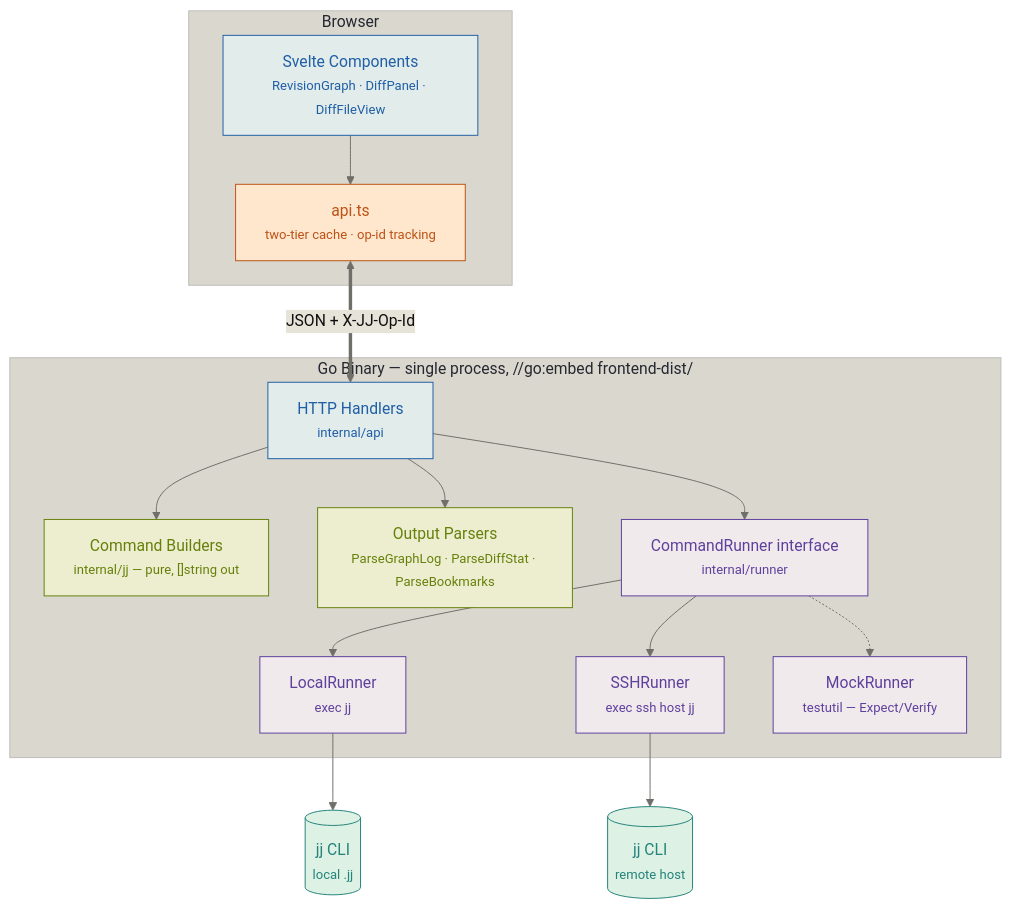
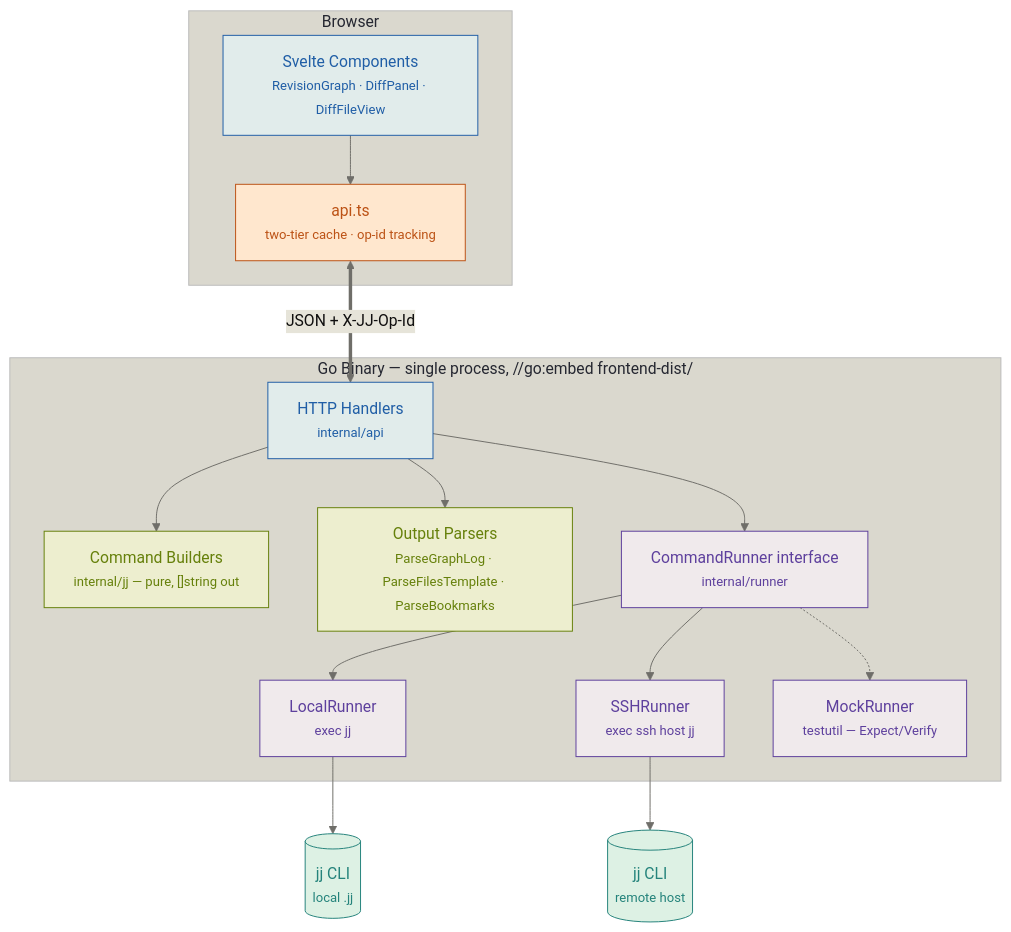
Before and after one commit to chronologos/lightjj: the first of 5 diagrams in docs/ARCHITECTURE.md, drawn with Mermaid. The commit also changed other lines of this file and 1 other file, not shown here.

````diff
--- a/docs/ARCHITECTURE.md
+++ b/docs/ARCHITECTURE.md
@@ -7,47 +7,47 @@
 ```mermaid
 %%{init: {'theme': 'base', 'themeVariables': {
   'primaryColor':'#F2F0E5',
   'primaryTextColor':'#100F0F',
   'primaryBorderColor':'#6F6E69',
   'secondaryColor':'#E6E4D9',
   'tertiaryColor':'#DAD8CE',
   'lineColor':'#6F6E69',
   'textColor':'#100F0F'
 }}}%%
 flowchart TD
     classDef blue fill:#E1ECEB,stroke:#205EA6,color:#205EA6
     classDef green fill:#EDEECF,stroke:#66800B,color:#66800B
     classDef orange fill:#FFE7CE,stroke:#BC5215,color:#BC5215
     classDef purple fill:#F0EAEC,stroke:#5E409D,color:#5E409D
     classDef cyan fill:#DDF1E4,stroke:#24837B,color:#24837B
 
     subgraph browser["Browser"]
         components["Svelte Components<br/><small>RevisionGraph · DiffPanel · DiffFileView</small>"]:::blue
         api["api.ts<br/><small>two-tier cache · op-id tracking</small>"]:::orange
         components --> api
     end
 
     subgraph go["Go Binary — single process, //go:embed frontend-dist/"]
         handlers["HTTP Handlers<br/><small>internal/api</small>"]:::blue
         builders["Command Builders<br/><small>internal/jj — pure, []string out</small>"]:::green
-        parsers["Output Parsers<br/><small>ParseGraphLog · ParseDiffStat · ParseBookmarks</small>"]:::green
+        parsers["Output Parsers<br/><small>ParseGraphLog · ParseFilesTemplate · ParseBookmarks</small>"]:::green
         runner["CommandRunner interface<br/><small>internal/runner</small>"]:::purple
         local["LocalRunner<br/><small>exec jj</small>"]:::purple
         ssh["SSHRunner<br/><small>exec ssh host jj</small>"]:::purple
         mock["MockRunner<br/><small>testutil — Expect/Verify</small>"]:::purple
 
         handlers --> builders
         handlers --> parsers
         handlers --> runner
         runner --> local
         runner --> ssh
         runner -.-> mock
     end
 
     jjlocal[("jj CLI<br/><small>local .jj</small>")]:::cyan
     jjremote[("jj CLI<br/><small>remote host</small>")]:::cyan
 
     api <==>|"JSON + X-JJ-Op-Id"| handlers
     local --> jjlocal
     ssh --> jjremote
 ```
````
